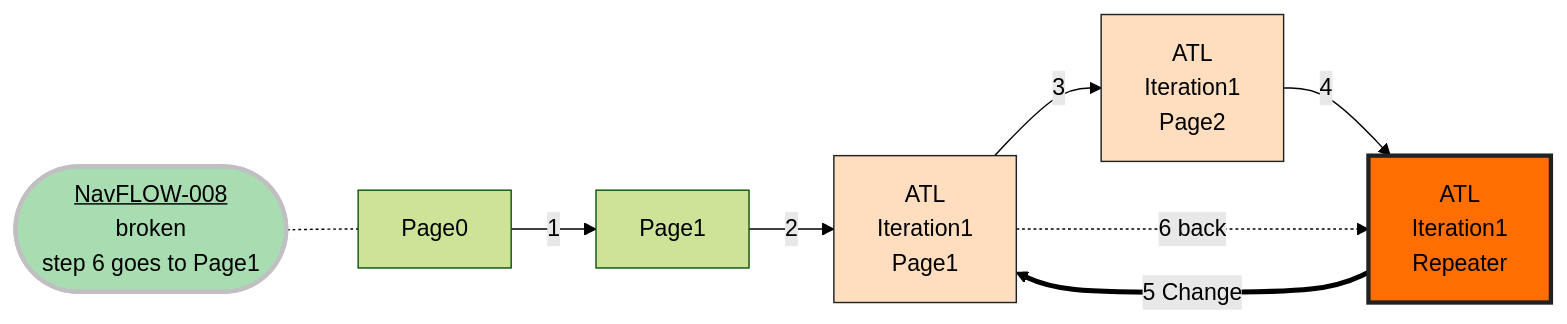
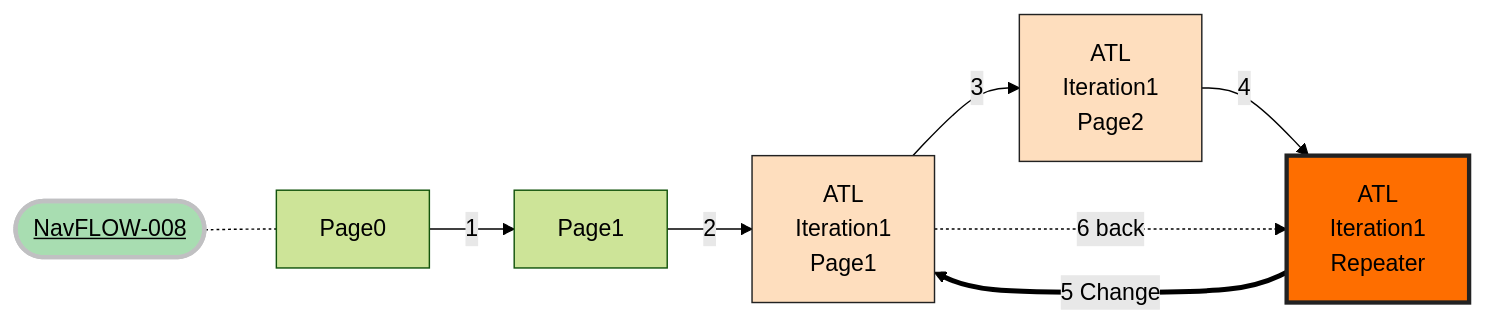
Before and after one commit to hmrc/gform-frontend: the eighth of 20 diagrams in Navigation.md, drawn with Mermaid. The commit also changed other lines of this file, not shown here.

````diff
--- a/Navigation.md
+++ b/Navigation.md
@@ -216,28 +216,28 @@
 ```mermaid
 %%{init: {'theme': 'forest', "flowchart" : { "curve" : "basis" } } }%%
 graph LR;
-    title([<u>NavFLOW-008</u><br>broken<br>step 6 goes to Page1])
+    title([<u>NavFLOW-008</u>])
     title -.- Page0
     Page0 --> |1| Page1
     Page1 --> |2| ATLPage1["ATL<br>Iteration1<br>Page1"]
 
     ATLPage1 --> |3| ATLPage2["ATL<br>Iteration1<br>Page2"]
     ATLPage2 --> |4| ATLRepeater["ATL<br>Iteration1<br>Repeater"]
     ATLRepeater ===> |5 Change| ATLPage1
     ATLPage1 -.6 back.-> ATLRepeater
 
     classDef orange fill:#fedebe,stroke:#222,stroke-width:1px
     classDef orangeCYA fill:#ffaf42,stroke:#222,stroke-width:2px
     classDef orangeRepeater fill:#fe6e00,stroke:#222,stroke-width:3px
     class ATLRepeater orangeRepeater
     class ATLPage2 orange
     class ATLPage1 orange
     class ATLPage12 orange
     class ATLPage22 orange
     class ATLRepeater2 orangeRepeater
     classDef greenTitle fill:#a8ddb1 ,stroke:#c0c0c2,stroke-width:3px
     classDef redTitle fill:#c21807 ,stroke:#c0c0c2,stroke-width:3px
     class title greenTitle
 
 
 ```
````
